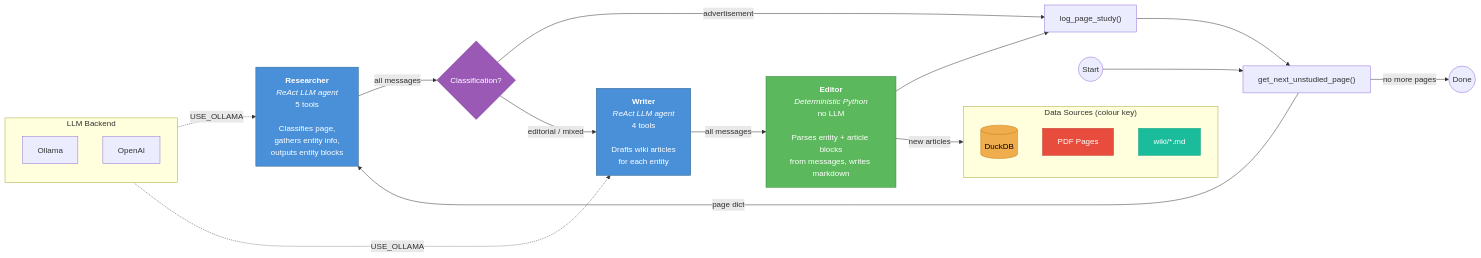
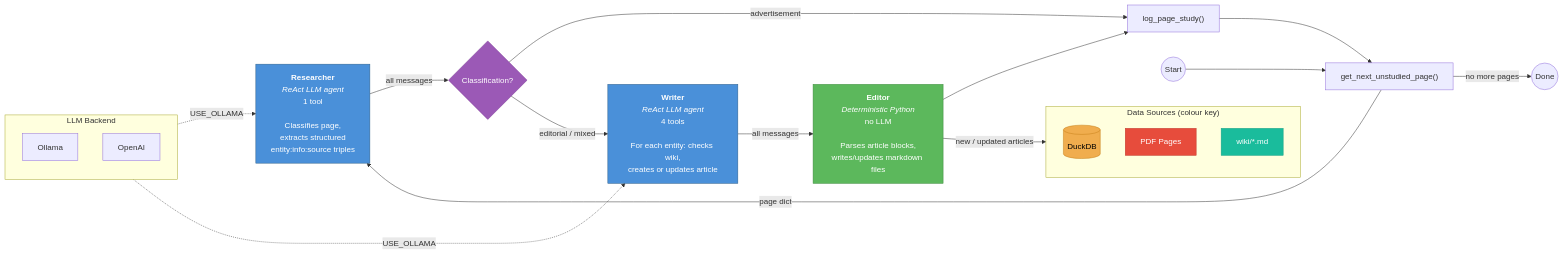
The first of 4 diagrams in docs/swarm-flow.md (alastairrushworth/docswarm), drawn with Mermaid before and after one commit. The commit also changed other lines of this file and 3 other files, not shown here.

````diff
--- a/docs/swarm-flow.md
+++ b/docs/swarm-flow.md
@@ -5,54 +5,54 @@
 ```mermaid
 flowchart LR
     subgraph KEY["Data Sources (colour key)"]
         direction TB
         DB[(DuckDB)]
         PDF["PDF Pages"]
         WIKI_IN["wiki/*.md"]
     end
 
     START((Start)) --> NEXT["get_next_unstudied_page()"]
     NEXT -->|"page dict"| RESEARCHER
 
-    RESEARCHER["<b>Researcher</b><br/><i>ReAct LLM agent</i><br/>5 tools<br/><br/>Classifies page,<br/>gathers entity info,<br/>outputs entity blocks"]
+    RESEARCHER["<b>Researcher</b><br/><i>ReAct LLM agent</i><br/>1 tool<br/><br/>Classifies page,<br/>extracts structured<br/>entity:info:source triples"]
 
     RESEARCHER -->|"all messages"| ROUTE{"Classification?"}
 
     ROUTE -->|"advertisement"| MARK["log_page_study()"]
     ROUTE -->|"editorial / mixed"| WRITER
 
-    WRITER["<b>Writer</b><br/><i>ReAct LLM agent</i><br/>4 tools<br/><br/>Drafts wiki articles<br/>for each entity"]
+    WRITER["<b>Writer</b><br/><i>ReAct LLM agent</i><br/>4 tools<br/><br/>For each entity: checks wiki,<br/>creates or updates article"]
 
     WRITER -->|"all messages"| EDITOR
 
-    EDITOR["<b>Editor</b><br/><i>Deterministic Python</i><br/>no LLM<br/><br/>Parses entity + article blocks<br/>from messages, writes markdown"]
+    EDITOR["<b>Editor</b><br/><i>Deterministic Python</i><br/>no LLM<br/><br/>Parses article blocks,<br/>writes/updates markdown files"]
 
-    EDITOR -->|"new articles"| WIKI_IN
+    EDITOR -->|"new / updated articles"| WIKI_IN
     EDITOR --> MARK
     MARK --> NEXT
     NEXT -->|"no more pages"| DONE((Done))
 
     subgraph LLM["LLM Backend"]
         direction TB
         OLLAMA["Ollama"]
         OPENAI["OpenAI"]
     end
 
     LLM -.->|"USE_OLLAMA"| RESEARCHER
     LLM -.->|"USE_OLLAMA"| WRITER
 
     %% Styling
     classDef srcDb fill:#f0ad4e,stroke:#c77f1a,color:#000
     classDef srcPdf fill:#e74c3c,stroke:#c0392b,color:#fff
     classDef srcWiki fill:#1abc9c,stroke:#16a085,color:#fff
     classDef agent fill:#4a90d9,stroke:#2c5f8a,color:#fff
     classDef deterministic fill:#5cb85c,stroke:#3d8b3d,color:#fff
     classDef decision fill:#9b59b6,stroke:#7d3c98,color:#fff
 
     class DB srcDb
     class PDF srcPdf
     class WIKI_IN srcWiki
     class RESEARCHER,WRITER agent
     class EDITOR deterministic
     class ROUTE decision
 ```
````
